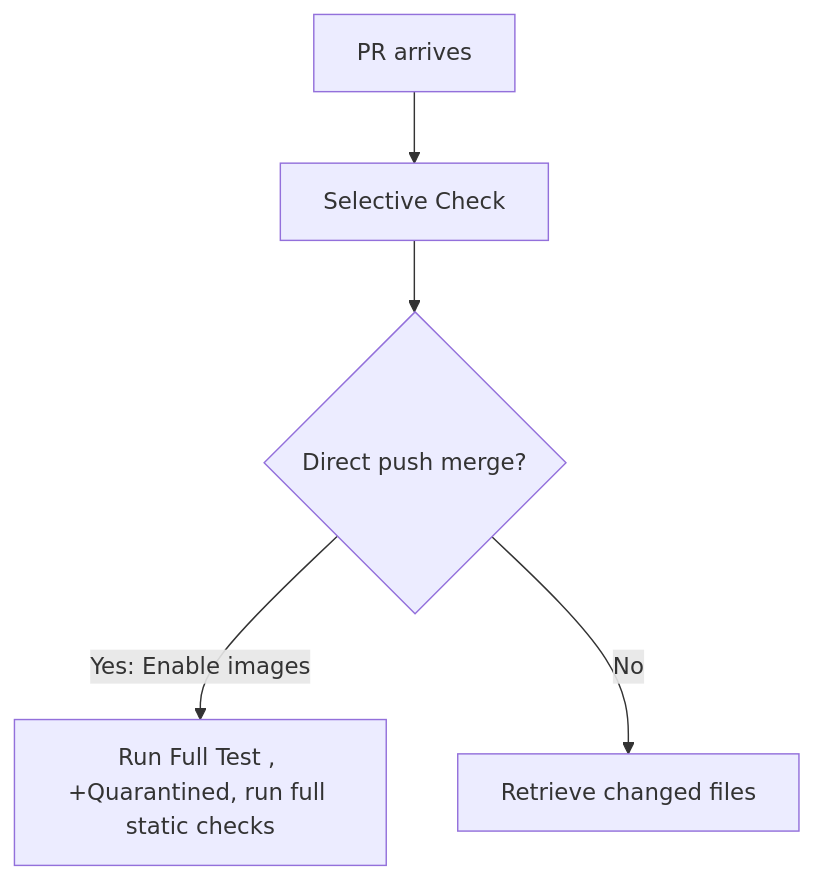
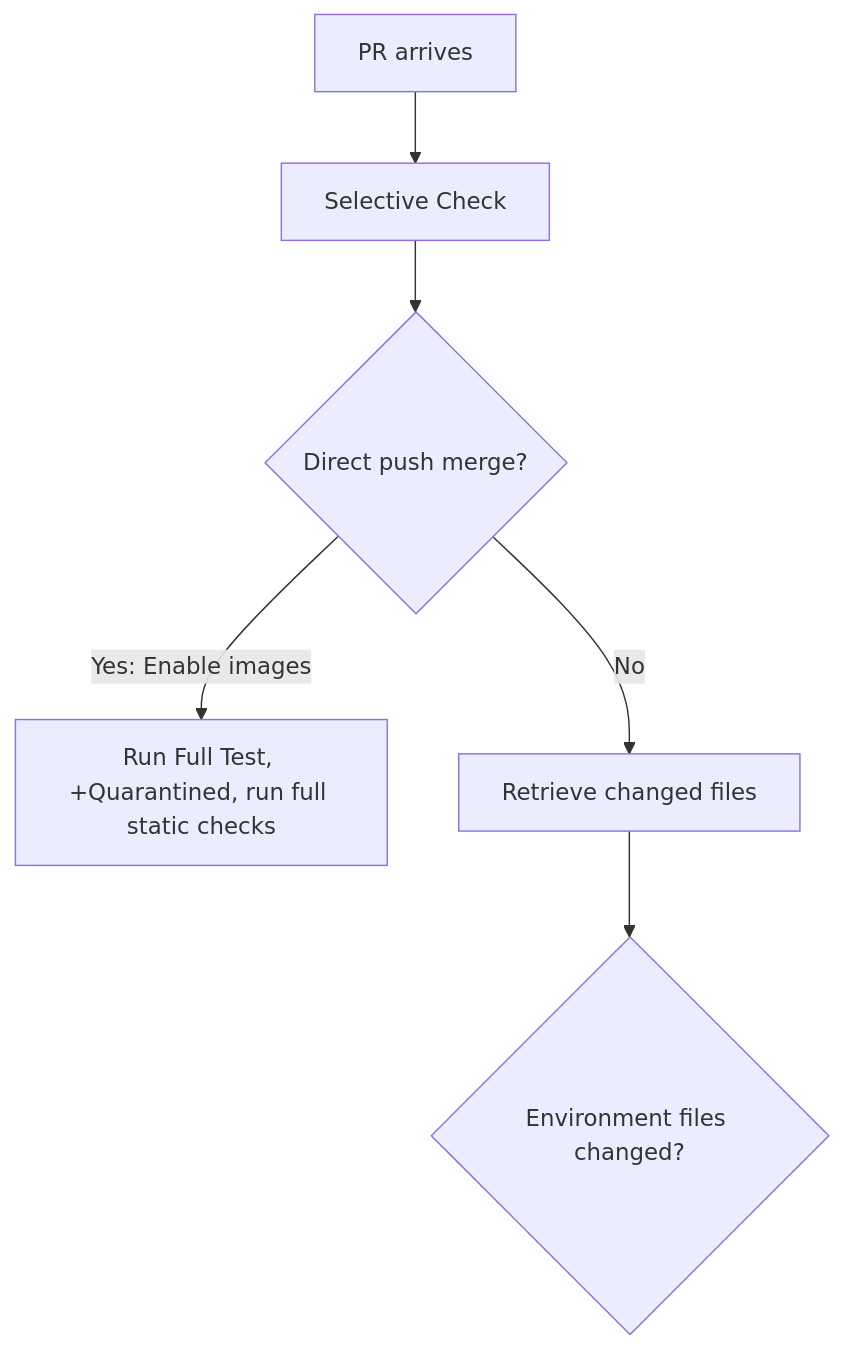
Before and after one commit to edithturn/golang-training: the diagram in README.md, drawn with Mermaid. The commit also changed other lines of this file, not shown here.

Commit message:
test mermaid

````diff
--- a/README.md
+++ b/README.md
@@ -7,7 +7,8 @@
 ```mermaid
 flowchart TD
 A[PR arrives]-->B[Selective Check]
 B-->C{Direct push merge?}
-C-->|Yes: Enable images| D[Run Full Test , +Quarantined, run full static checks]
+C-->|Yes: Enable images| D[Run Full Test, +Quarantined, run full static checks]
 C-->|No| E[Retrieve changed files]
+E-->F{Environment files changed?}
 ```
````
